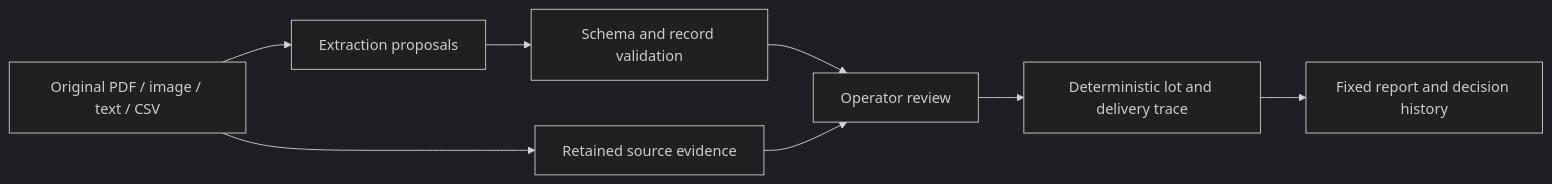
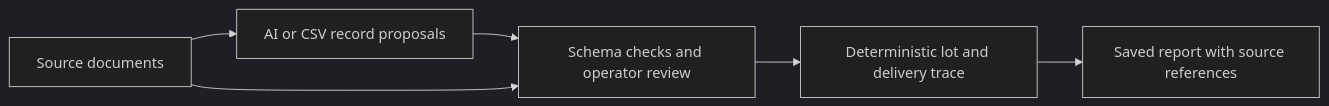
Before and after one commit to HackIndiaXYZ/ai-first-startup-hackathon-build-a-startup-using-ai-only-console: the diagram in README.md, drawn with Mermaid (dark theme). The commit also changed other lines of this file and 23 other files, not shown here.

````diff
--- a/README.md
+++ b/README.md
@@ -121,10 +65,8 @@
 ```mermaid
 flowchart LR
-  A[Original PDF / image / text / CSV] --> B[Retained source evidence]
-  A --> C[Extraction proposals]
-  C --> D[Schema and record validation]
-  D --> E[Operator review]
-  E --> F[Deterministic lot and delivery trace]
-  B --> E
-  F --> G[Fixed report and decision history]
+  A[Source documents] --> B[AI or CSV record proposals]
+  B --> C[Schema checks and operator review]
+  A --> C
+  C --> D[Deterministic lot and delivery trace]
+  D --> E[Saved report with source references]
 ```
````
